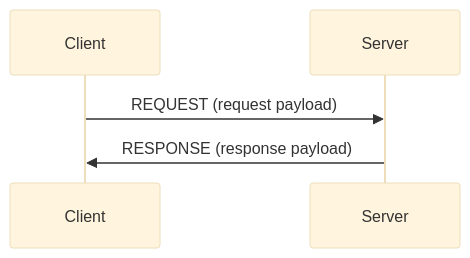
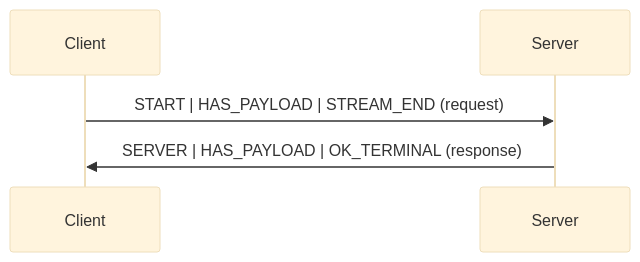
The second of 5 diagrams in pw_rpc2/protocol.rst (chromium-full-mirror/chromiumos_third_party_pigweed_pigweed), drawn with Mermaid (base theme) before and after one commit. The commit also changed other lines of this file and 55 other files, not shown here.

```diff
--- a/pw_rpc2/protocol.rst
+++ b/pw_rpc2/protocol.rst
@@ -115,10 +117,10 @@
 .. mermaid::
    :alt: Unary RPC packet sequence
    :align: center
 
    sequenceDiagram
        participant C as Client
        participant S as Server
 
-       C->>S: REQUEST (request payload)
-       S->>C: RESPONSE (response payload)
+       C->>S: START | HAS_PAYLOAD | STREAM_END (request)
+       S->>C: SERVER | HAS_PAYLOAD | OK_TERMINAL (response)
```
